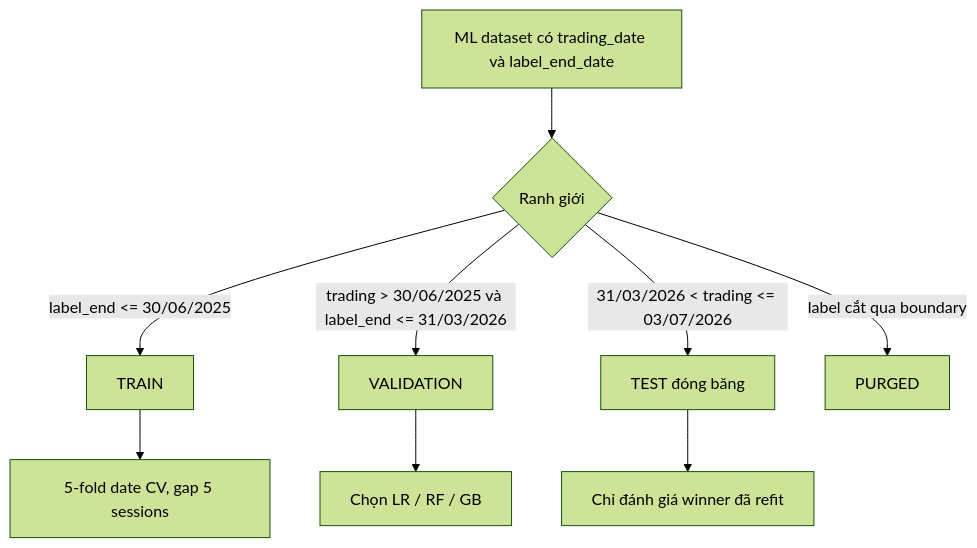
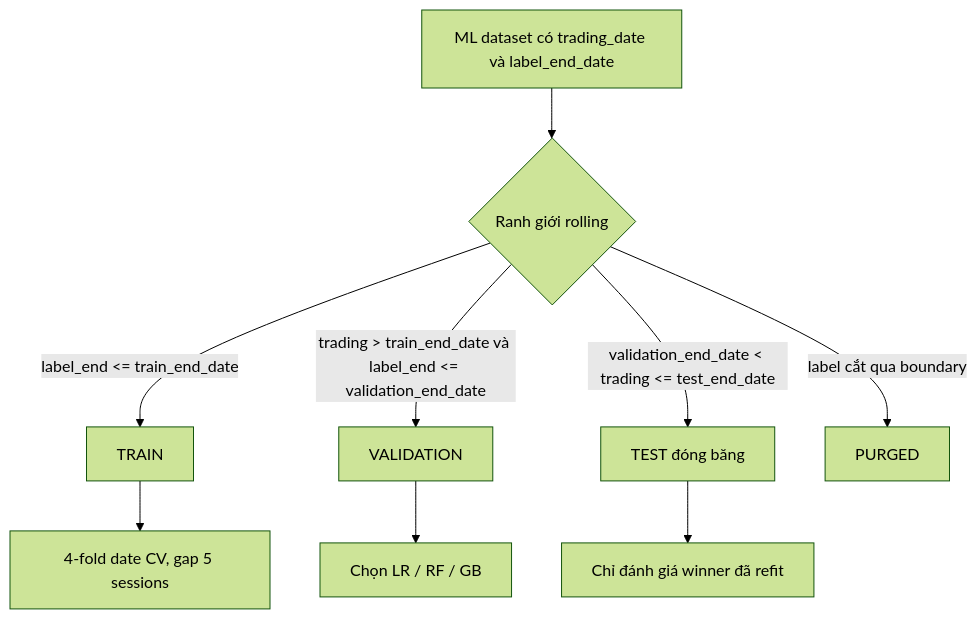
One commit to human6004/stock-prediction-ml changed the second of 6 diagrams in docs/SO_DO_KIEN_TRUC_HE_THONG.md. Above: the diagram before and after it, drawn with Mermaid (forest theme). The commit also changed other lines of this file and 22 other files, not shown here.

````diff
--- a/docs/SO_DO_KIEN_TRUC_HE_THONG.md
+++ b/docs/SO_DO_KIEN_TRUC_HE_THONG.md
@@ -31,11 +30,11 @@
 ```mermaid
 flowchart TD
-    A["ML dataset có trading_date và label_end_date"] --> B{"Ranh giới"}
-    B -->|"label_end <= 30/06/2025"| C["TRAIN"]
-    B -->|"trading > 30/06/2025 và label_end <= 31/03/2026"| D["VALIDATION"]
-B -->|"31/03/2026 < trading <= 03/07/2026"| E["TEST đóng băng"]
+    A["ML dataset có trading_date và label_end_date"] --> B{"Ranh giới rolling"}
+    B -->|"label_end <= train_end_date"| C["TRAIN"]
+    B -->|"trading > train_end_date và label_end <= validation_end_date"| D["VALIDATION"]
+    B -->|"validation_end_date < trading <= test_end_date"| E["TEST đóng băng"]
     B -->|"label cắt qua boundary"| F["PURGED"]
-    C --> G["5-fold date CV, gap 5 sessions"]
+    C --> G["4-fold date CV, gap 5 sessions"]
     D --> H["Chọn LR / RF / GB"]
     E --> I["Chỉ đánh giá winner đã refit"]
 ```
````
